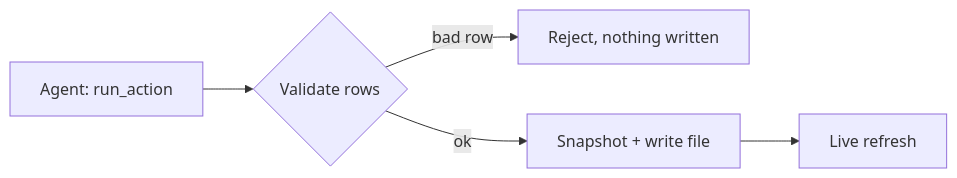
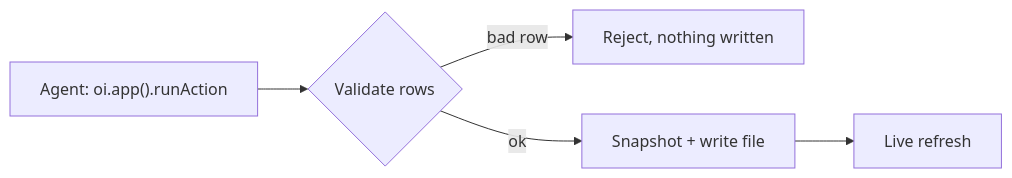
The diagram in apps/docs/content/docs/data/actions.mdx (lukaisailovic/openislands), drawn with Mermaid before and after one commit. The commit also changed other lines of this file and 45 other files, not shown here.

````diff
--- a/apps/docs/content/docs/data/actions.mdx
+++ b/apps/docs/content/docs/data/actions.mdx
@@ -11,7 +11,7 @@
 ```mermaid
 flowchart LR
-  A[Agent: run_action] --> V{Validate rows}
+  A["Agent: oi.app().runAction"] --> V{Validate rows}
   V -- bad row --> X[Reject, nothing written]
   V -- ok --> S[Snapshot + write file]
   S --> L[Live refresh]
 ```
````
